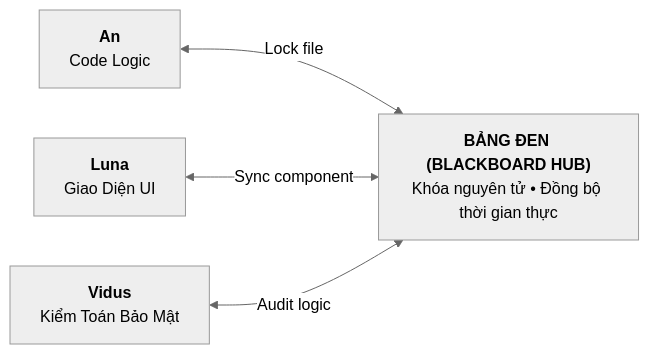
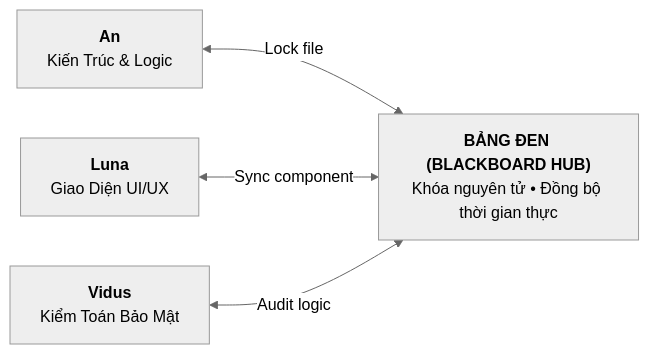
One commit to hainguyen011/Aevum-website changed the diagram in content/docs/14-blackboard-hub.md. Above: the diagram before and after it, drawn with Mermaid (neutral theme). The commit also changed other lines of this file and 46 other files, not shown here.

````diff
--- a/content/docs/14-blackboard-hub.md
+++ b/content/docs/14-blackboard-hub.md
@@ -18,10 +14,10 @@
 ```mermaid
 flowchart LR
-    An["<b>An</b><br/>Code Logic"]
-    Luna["<b>Luna</b><br/>Giao Diện UI"]
+    An["<b>An</b><br/>Kiến Trúc & Logic"]
+    Luna["<b>Luna</b><br/>Giao Diện UI/UX"]
     Vidus["<b>Vidus</b><br/>Kiểm Toán Bảo Mật"]
     BB["<b>BẢNG ĐEN (BLACKBOARD HUB)</b><br/>Khóa nguyên tử • Đồng bộ thời gian thực"]
     An <-->|Lock file| BB
     Luna <-->|Sync component| BB
     Vidus <-->|Audit logic| BB
 ```
````
